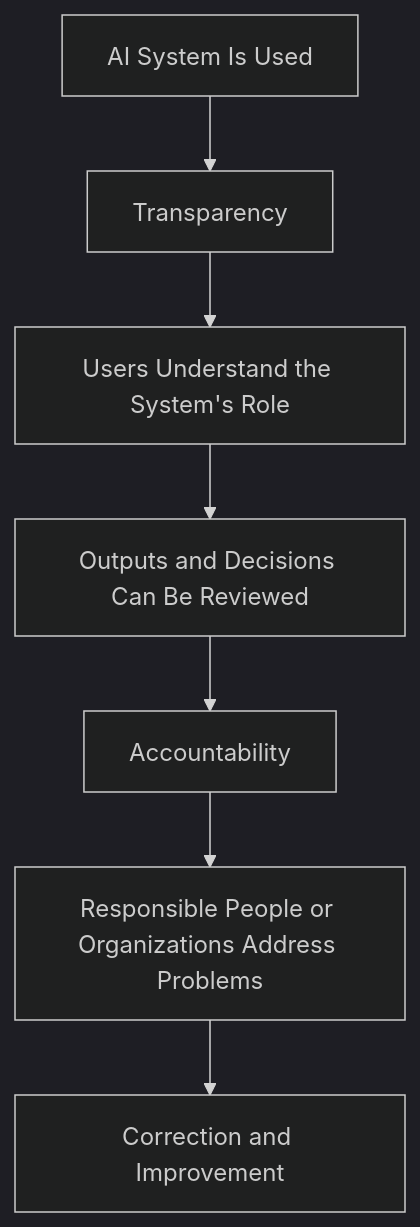
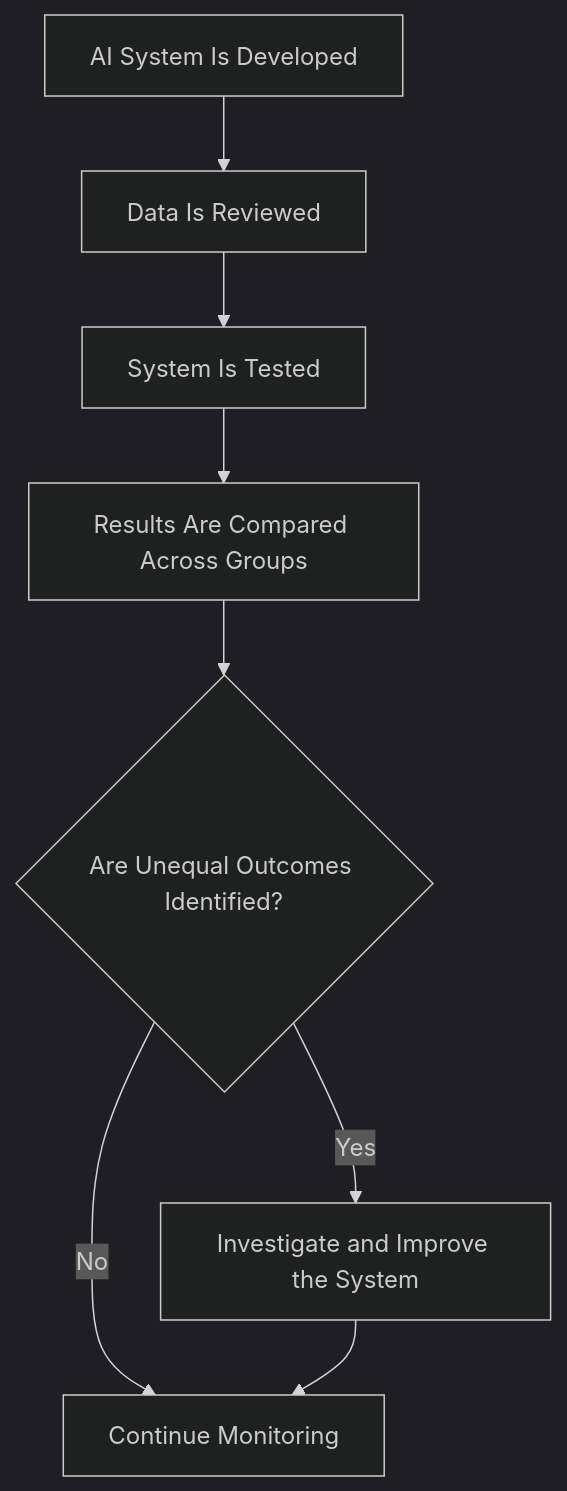
Before and after one commit to NicolausLionel/SLN: the second of 6 diagrams in content/05_ethical-and-responsible-use.md, drawn with Mermaid (dark theme). The commit also changed other lines of this file, not shown here.

````diff
--- a/content/05_ethical-and-responsible-use.md
+++ b/content/05_ethical-and-responsible-use.md
@@ -528,9 +252,10 @@
 ```mermaid
 flowchart TD
-    A["AI System Is Used"] --> B["Transparency"]
-    B --> C["Users Understand the System's Role"]
-    C --> D["Outputs and Decisions Can Be Reviewed"]
-    D --> E["Accountability"]
-    E --> F["Responsible People or Organizations Address Problems"]
-    F --> G["Correction and Improvement"]
+    A[AI System Is Developed] --> B[Data Is Reviewed]
+    B --> C[System Is Tested]
+    C --> D[Results Are Compared Across Groups]
+    D --> E{Are Unequal Outcomes Identified?}
+    E -->|Yes| F[Investigate and Improve the System]
+    E -->|No| G[Continue Monitoring]
+    F --> G
 ```
````
